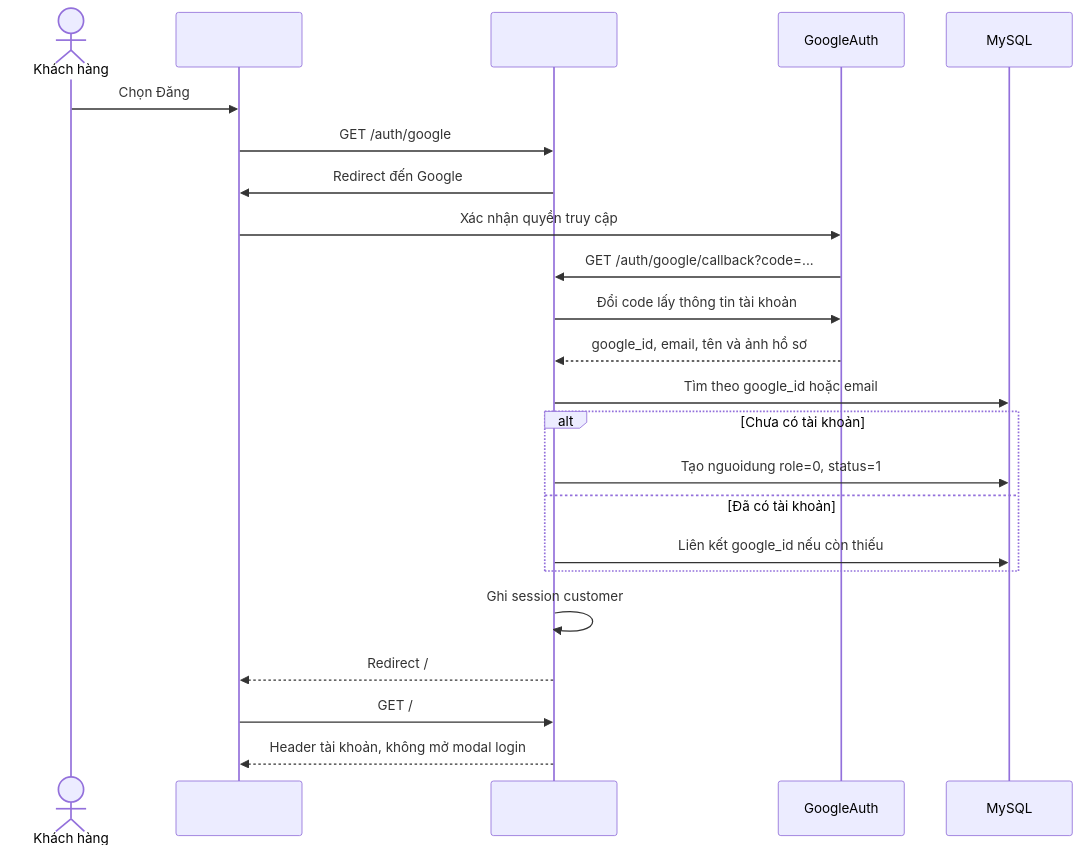
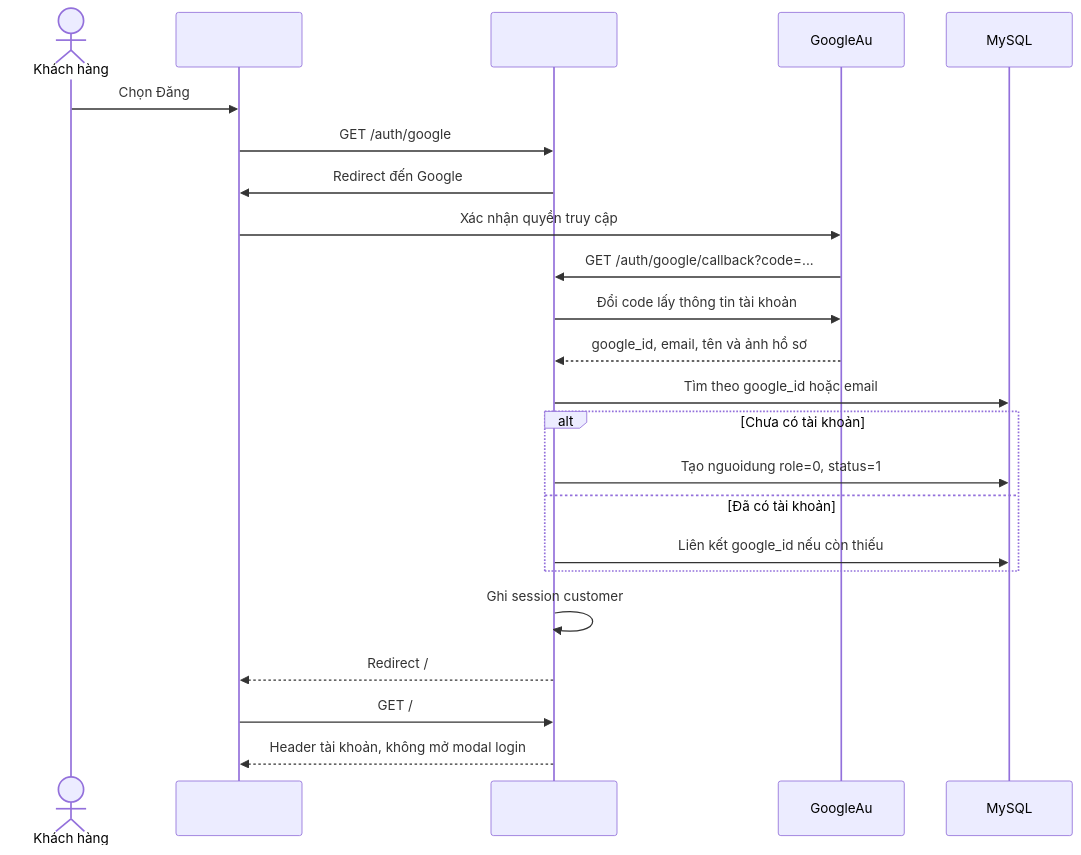
Before and after one commit to ThuanDepzai03/DuAnTotNghiep: the third of 4 diagrams in README.md, drawn with Mermaid.

Commit message:
sửa sản phẩm

````diff
--- a/README.md
+++ b/README.md
@@ -715,26 +715,26 @@
 ```mermaid
 sequenceDiagram
         actor Customer as Khách hàng
         participant Browser as 
         participant Laravel as
-        participant Google as GoogleAuth
+        participant Google as GoogleAu
         participant DB as MySQL
 
         Customer->>Browser: Chọn Đăng
         Browser->>Laravel: GET /auth/google
         Laravel->>Browser: Redirect đến Google
         Browser->>Google: Xác nhận quyền truy cập
         Google->>Laravel: GET /auth/google/callback?code=...
         Laravel->>Google: Đổi code lấy thông tin tài khoản
         Google-->>Laravel: google_id, email, tên và ảnh hồ sơ
         Laravel->>DB: Tìm theo google_id hoặc email
         alt Chưa có tài khoản
                 Laravel->>DB: Tạo nguoidung role=0, status=1
         else Đã có tài khoản
                 Laravel->>DB: Liên kết google_id nếu còn thiếu
         end
         Laravel->>Laravel: Ghi session customer
         Laravel-->>Browser: Redirect /
         Browser->>Laravel: GET /
         Laravel-->>Browser: Header tài khoản, không mở modal login
 ```
````
